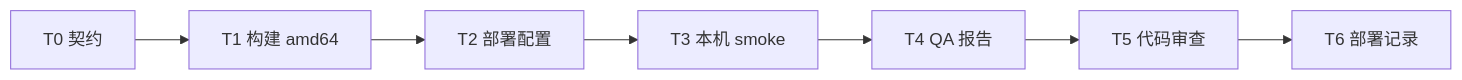
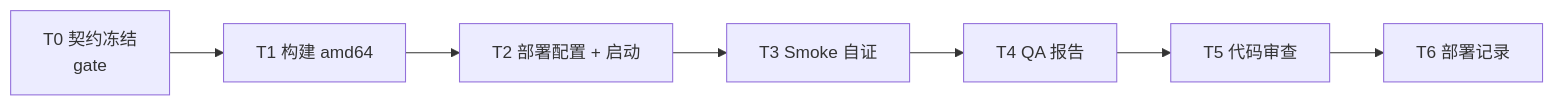
Before and after one commit to li6540123/TencentDB-Agent-Memory: the diagram in .delivery/01a061ff-d640-77ec-84c9-5a34c86757a9/tasks.md, drawn with Mermaid. The commit also changed other lines of this file and 2 other files, not shown here.

First line of the commit message:
docs(delivery): sync Architect f11e869 + SUIB-12 build evidence

````diff
--- a/.delivery/01a061ff-d640-77ec-84c9-5a34c86757a9/tasks.md
+++ b/.delivery/01a061ff-d640-77ec-84c9-5a34c86757a9/tasks.md
@@ -11,9 +13,9 @@
 ```mermaid
 graph LR
-  T0[T0 契约] --> T1[T1 构建 amd64]
-  T1 --> T2[T2 部署配置]
-  T2 --> T3[T3 本机 smoke]
+  T0[T0 契约冻结<br/>gate] --> T1[T1 构建 amd64]
+  T1 --> T2[T2 部署配置 + 启动]
+  T2 --> T3[T3 Smoke 自证]
   T3 --> T4[T4 QA 报告]
   T4 --> T5[T5 代码审查]
   T5 --> T6[T6 部署记录]
 ```
````
